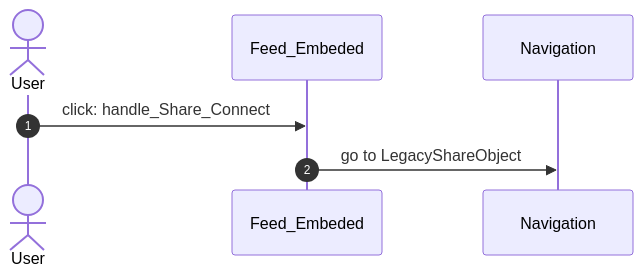
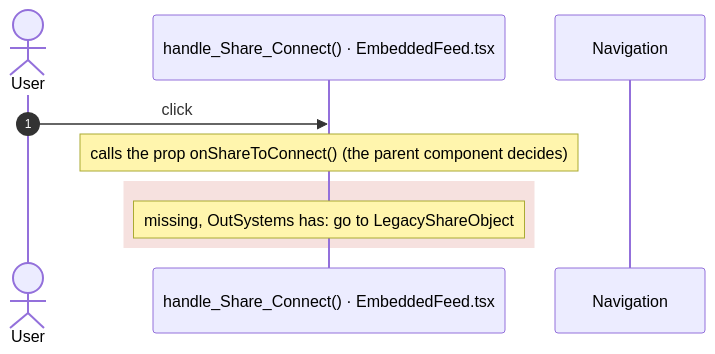
The third of 47 diagrams in migration/route-actions/HomeFeed.md (Phoenix-DX/connect-new-ui), drawn with Mermaid before and after one commit. The commit also changed other lines of this file and 90 other files, not shown here.

Commit message:
route actions: React sequence diagram per user action next to OutSystems, differences in red; React handlers read branch by branch and matched by comment, name and block; white SVG background; all SVGs of a file in one browser (HomeFeed 67 s to 14 s)

````diff
--- a/migration/route-actions/HomeFeed.md
+++ b/migration/route-actions/HomeFeed.md
@@ -225,9 +218,12 @@
 ```mermaid
 sequenceDiagram
   autonumber
   actor U as User
-  participant B as Feed_Embeded
+  participant H as handle_Share_Connect() · EmbeddedFeed.tsx
   participant N as Navigation
-  U->>B: click: handle_Share_Connect
-  B->>N: go to LegacyShareObject
+  U->>H: click
+  Note over H: calls the prop onShareToConnect() (the parent component decides)
+  rect rgba(192, 57, 43, 0.15)
+  Note over H: missing, OutSystems has: go to LegacyShareObject
+  end
 ```
````
